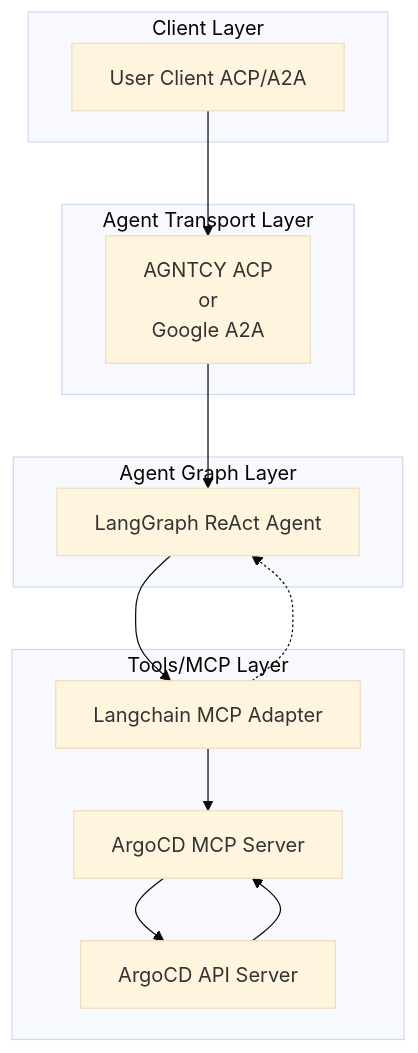
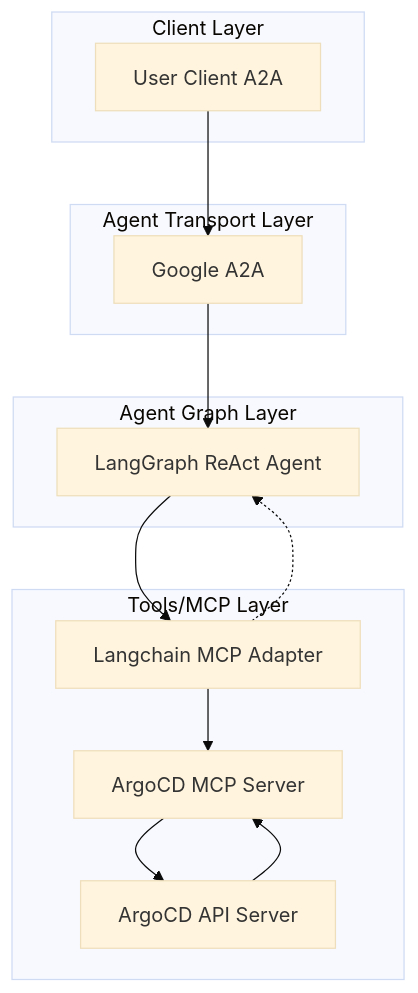
One commit to cnoe-io/agent-argocd changed the first of 2 diagrams in README.md. Above: the diagram before and after it, drawn with Mermaid (base theme). The commit also changed other lines of this file and 23 other files, not shown here.

````diff
--- a/README.md
+++ b/README.md
@@ -92,25 +97,25 @@
 ```mermaid
 flowchart TD
   subgraph Client Layer
-    A[User Client ACP/A2A]
+    A[User Client A2A]
   end
 
   subgraph Agent Transport Layer
-    B[AGNTCY ACP<br/>or<br/>Google A2A]
+    B[Google A2A]
   end
 
   subgraph Agent Graph Layer
     C[LangGraph ReAct Agent]
   end
 
   subgraph Tools/MCP Layer
     D[Langchain MCP Adapter]
     E[ArgoCD MCP Server]
     F[ArgoCD API Server]
   end
 
   A --> B --> C
   C --> D
   D -.-> C
   D --> E --> F --> E
 ```
````
